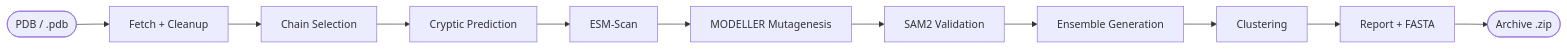
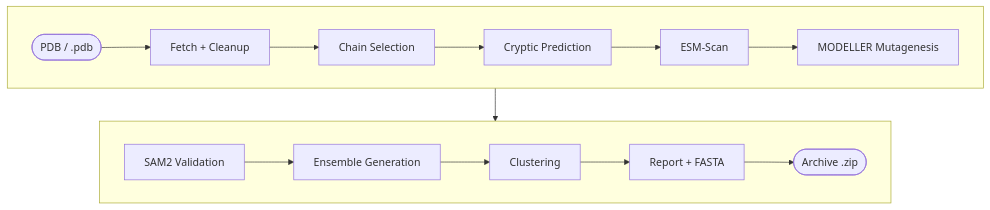
One commit to singhnitink/CryptiScan changed the diagram in README.md. Above: the diagram before and after it, drawn with Mermaid. The commit also changed other lines of this file, not shown here.

Commit message:
adding flowchart from mermaid4

````diff
--- a/README.md
+++ b/README.md
@@ -5,13 +5,12 @@
 ```mermaid
-graph LR
-    A([PDB / .pdb]) --> B[Fetch + Cleanup]
-    B --> C[Chain Selection]
-    C --> D[Cryptic Prediction]
-    D --> E[ESM-Scan]
-    E --> F[MODELLER Mutagenesis]
-    F --> G[SAM2 Validation]
-    G --> H[Ensemble Generation]
-    H --> I[Clustering]
-    I --> J[Report + FASTA]
-    J --> K([Archive .zip])
+flowchart TB
+    subgraph row1 [" "]
+        direction LR
+        A([PDB / .pdb]) --> B[Fetch + Cleanup] --> C[Chain Selection] --> D[Cryptic Prediction] --> E[ESM-Scan] --> F[MODELLER Mutagenesis]
+    end
+    subgraph row2 [" "]
+        direction LR
+        G[SAM2 Validation] --> H[Ensemble Generation] --> I[Clustering] --> J[Report + FASTA] --> K([Archive .zip])
+    end
+    row1 --> row2
 ```
````
